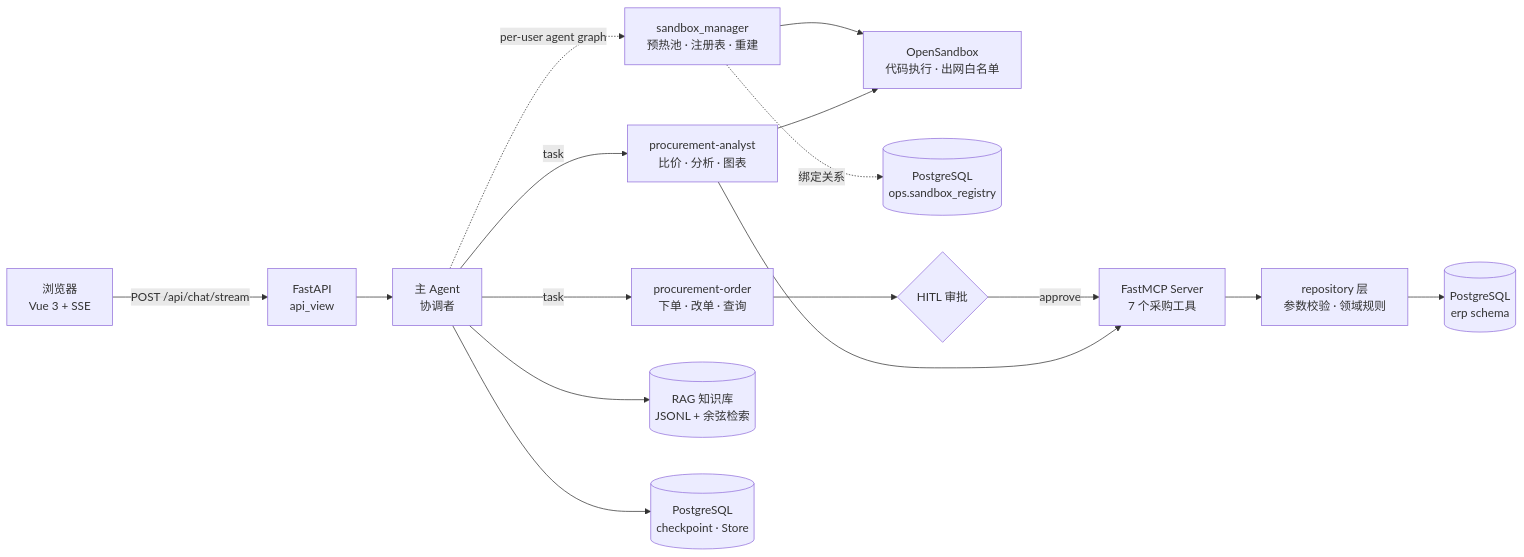
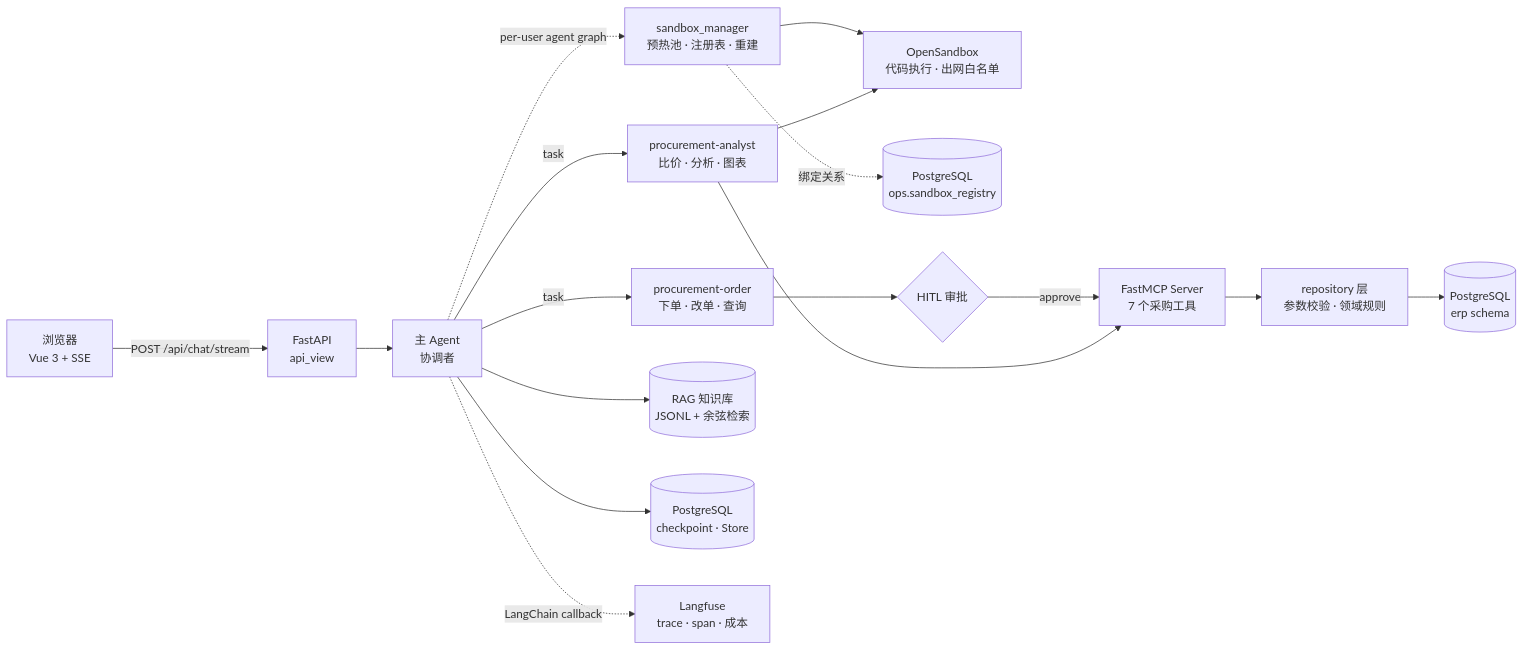
The diagram in README.md (1Nondai/erp-procurement-agent), drawn with Mermaid before and after one commit. The commit also changed other lines of this file, not shown here.

First line of the commit message:
docs(readme): 同步 Langfuse 可观测性接入

````diff
--- a/README.md
+++ b/README.md
@@ -55,18 +57,19 @@
 ```mermaid
 flowchart LR
     U[浏览器<br/>Vue 3 + SSE] -->|POST /api/chat/stream| API[FastAPI<br/>api_view]
     API --> A[主 Agent<br/>协调者]
     A -->|task| S1[procurement-analyst<br/>比价 · 分析 · 图表]
     A -->|task| S2[procurement-order<br/>下单 · 改单 · 查询]
     A -.per-user agent graph.-> MGR[sandbox_manager<br/>预热池 · 注册表 · 重建]
     MGR --> SB[OpenSandbox<br/>代码执行 · 出网白名单]
     MGR -.绑定关系.-> REG[(PostgreSQL<br/>ops.sandbox_registry)]
     S1 --> SB
     S2 --> HITL{HITL 审批}
     HITL -->|approve| MCP
     S1 --> MCP[FastMCP Server<br/>7 个采购工具]
     MCP --> REPO[repository 层<br/>参数校验 · 领域规则]
     REPO --> PG[(PostgreSQL<br/>erp schema)]
     A --> RAG[(RAG 知识库<br/>JSONL + 余弦检索)]
     A --> CKPT[(PostgreSQL<br/>checkpoint · Store)]
+    A -.LangChain callback.-> LF[Langfuse<br/>trace · span · 成本]
 ```
````
